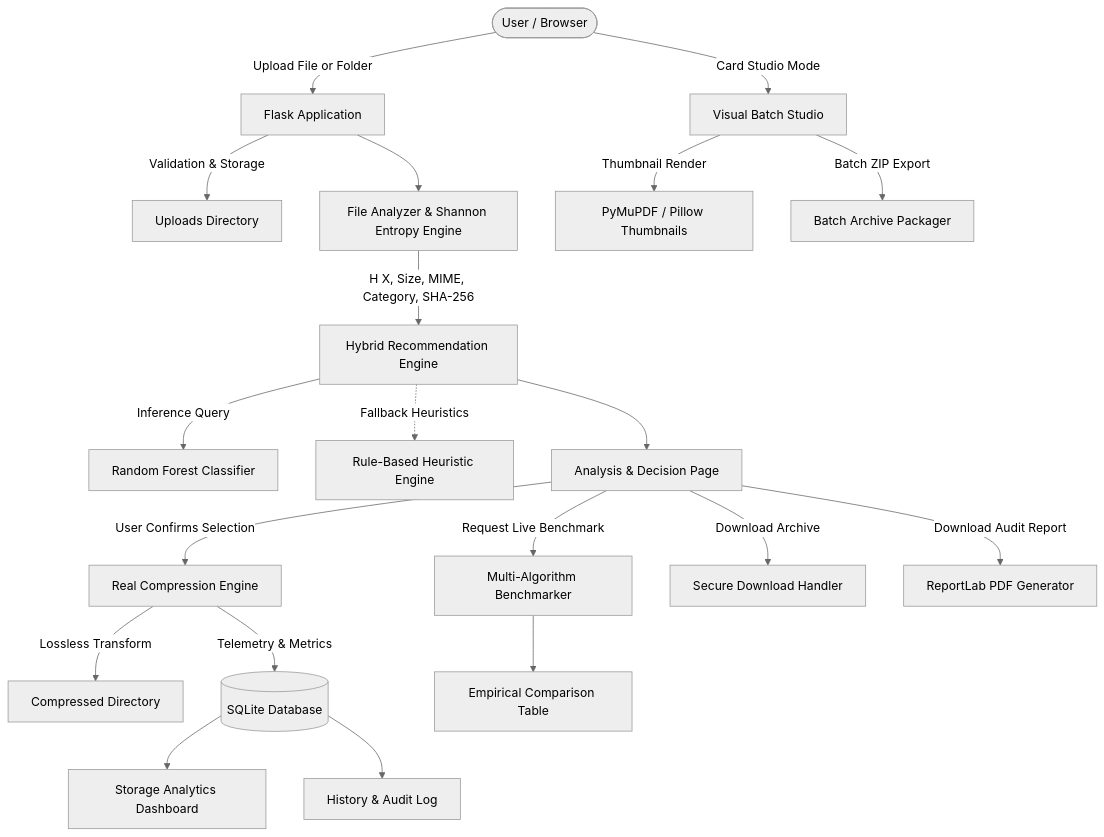
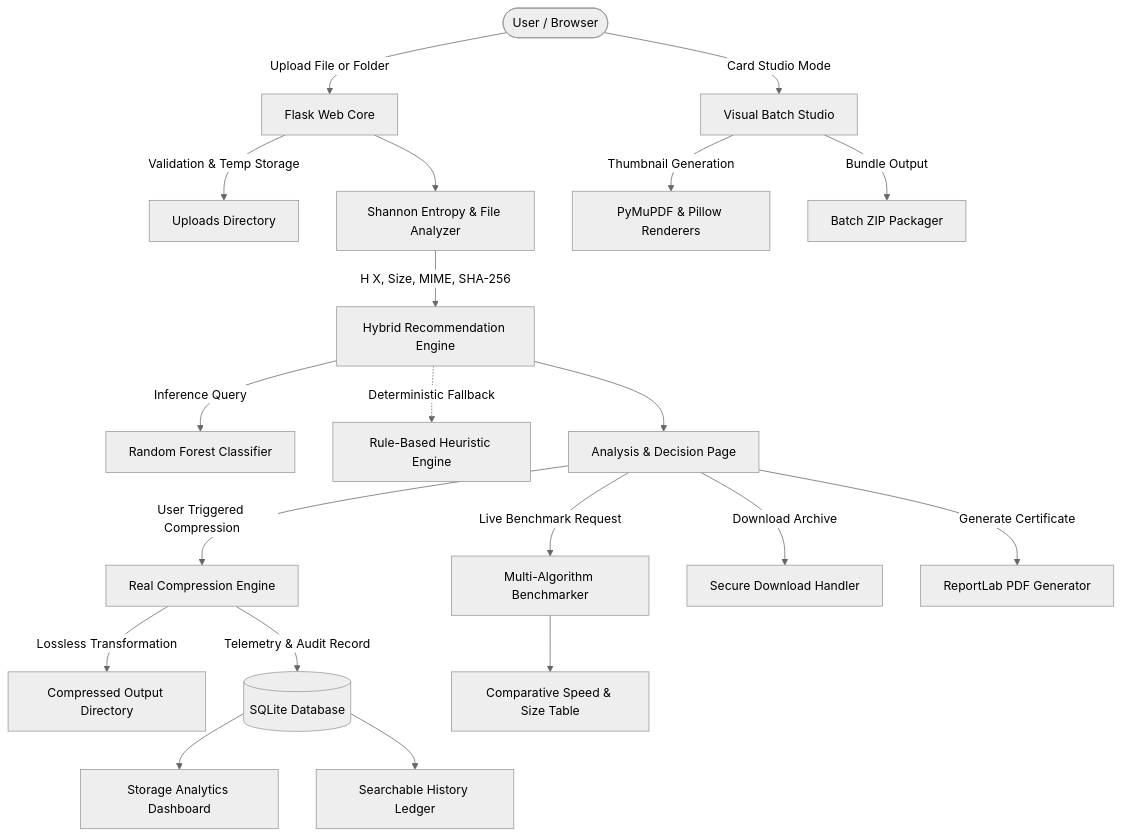
One commit to SaitamaDaikoku/SmartcompressAI changed the diagram in README.md. Above: the diagram before and after it, drawn with Mermaid (neutral theme). The commit also changed other lines of this file, not shown here.

````diff
--- a/README.md
+++ b/README.md
@@ -57,24 +62,25 @@
 ```mermaid
 graph TD
-    User([User / Browser]) -->|Upload File or Folder| WebApp[Flask Application]
-    WebApp -->|Validation & Storage| Uploads[Uploads Directory]
-    WebApp --> Analyzer[File Analyzer & Shannon Entropy Engine]
-    Analyzer -->|H X, Size, MIME, Category, SHA-256| Recommender[Hybrid Recommendation Engine]
+    User([User / Browser]) -->|Upload File or Folder| FlaskApp[Flask Web Core]
+    FlaskApp -->|Validation & Temp Storage| UploadDir[Uploads Directory]
+    FlaskApp --> EntropyEngine[Shannon Entropy & File Analyzer]
+    EntropyEngine -->|H X, Size, MIME, SHA-256| Recommender[Hybrid Recommendation Engine]
     Recommender -->|Inference Query| RFModel[Random Forest Classifier]
-    Recommender -.->|Fallback Heuristics| RuleEngine[Rule-Based Heuristic Engine]
-    Recommender --> ResultsPage[Analysis & Decision Page]
+    Recommender -.->|Deterministic Fallback| RuleEngine[Rule-Based Heuristic Engine]
     
     User -->|Card Studio Mode| BatchStudio[Visual Batch Studio]
-    BatchStudio -->|Thumbnail Render| Thumbnails[PyMuPDF / Pillow Thumbnails]
-    BatchStudio -->|Batch ZIP Export| BatchZip[Batch Archive Packager]
+    BatchStudio -->|Thumbnail Generation| Thumbs[PyMuPDF & Pillow Renderers]
+    BatchStudio -->|Bundle Output| BatchZip[Batch ZIP Packager]
 
-    ResultsPage -->|User Confirms Selection| CompEngine[Real Compression Engine]
-    CompEngine -->|Lossless Transform| CompOut[Compressed Directory]
-    CompEngine -->|Telemetry & Metrics| SQLite[(SQLite Database)]
-    ResultsPage -->|Request Live Benchmark| BenchmarkEngine[Multi-Algorithm Benchmarker]
-    BenchmarkEngine --> BenchmarkResults[Empirical Comparison Table]
-    ResultsPage -->|Download Archive| DownloadRoute[Secure Download Handler]
-    ResultsPage -->|Download Audit Report| ReportLabEngine[ReportLab PDF Generator]
-    SQLite --> Dashboard[Storage Analytics Dashboard]
-    SQLite --> HistoryPage[History & Audit Log]
+    Recommender --> ResultsUI[Analysis & Decision Page]
+    ResultsUI -->|User Triggered Compression| CompEngine[Real Compression Engine]
+    CompEngine -->|Lossless Transformation| CompDir[Compressed Output Directory]
+    CompEngine -->|Telemetry & Audit Record| SQLiteDB[(SQLite Database)]
+    ResultsUI -->|Live Benchmark Request| Benchmarker[Multi-Algorithm Benchmarker]
+    Benchmarker --> BenchmarkData[Comparative Speed & Size Table]
+    
+    ResultsUI -->|Download Archive| DownloadHandler[Secure Download Handler]
+    ResultsUI -->|Generate Certificate| PDFReport[ReportLab PDF Generator]
+    SQLiteDB --> AnalyticsDash[Storage Analytics Dashboard]
+    SQLiteDB --> AuditLedger[Searchable History Ledger]
 ```
````
